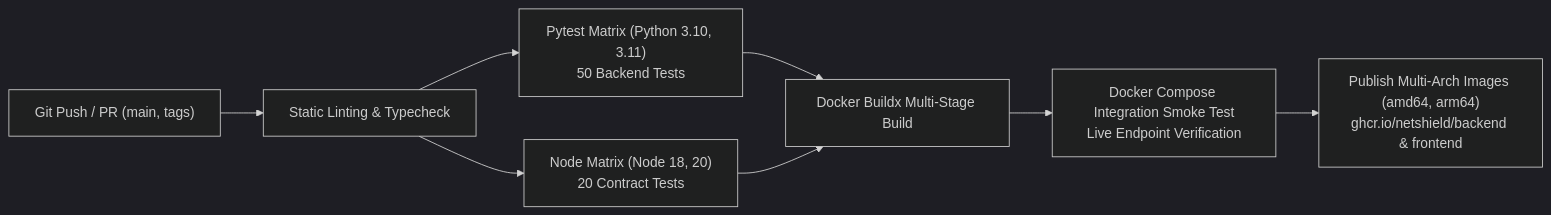
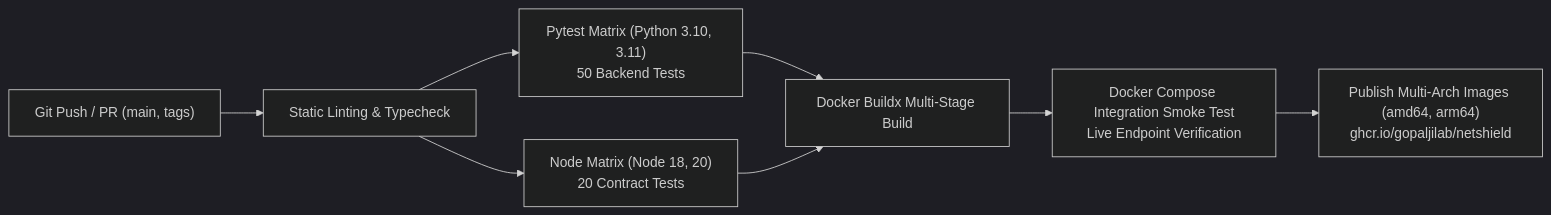
The second of 2 diagrams in README.md (gopaljilab/NetShield), drawn with Mermaid (dark theme) before and after one commit. The commit also changed other lines of this file, not shown here.

````diff
--- a/README.md
+++ b/README.md
@@ -443,10 +677,10 @@
 ```mermaid
 flowchart LR
     Push["Git Push / PR (main, tags)"] --> Lint["Static Linting & Typecheck"]
     Lint --> BackTest["Pytest Matrix (Python 3.10, 3.11)\n50 Backend Tests"]
     Lint --> FrontTest["Node Matrix (Node 18, 20)\n20 Contract Tests"]
     BackTest --> DockBuild["Docker Buildx Multi-Stage Build"]
     FrontTest --> DockBuild
     DockBuild --> Compose["Docker Compose Integration Smoke Test\nLive Endpoint Verification"]
-    Compose --> GHCR["Publish Multi-Arch Images (amd64, arm64)\nghcr.io/netshield/backend & frontend"]
+    Compose --> GHCR["Publish Multi-Arch Images (amd64, arm64)\nghcr.io/gopaljilab/netshield"]
 ```
````
